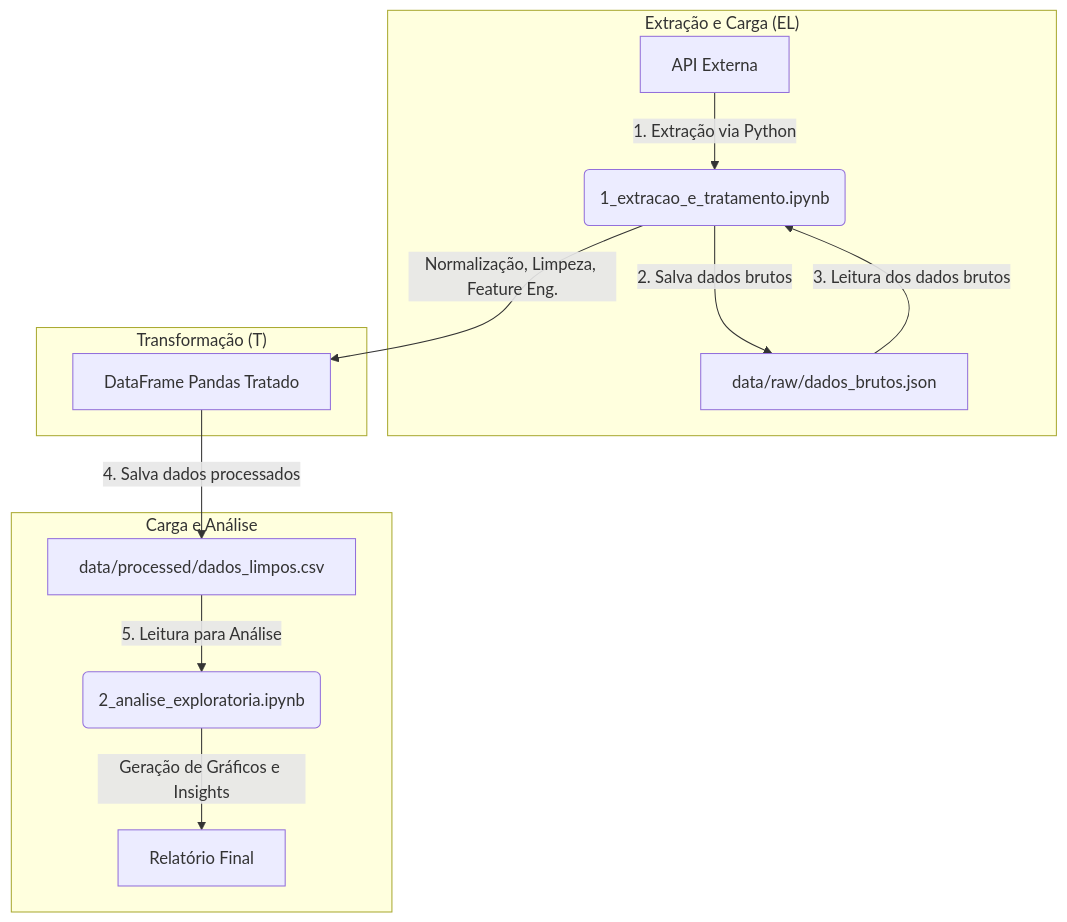
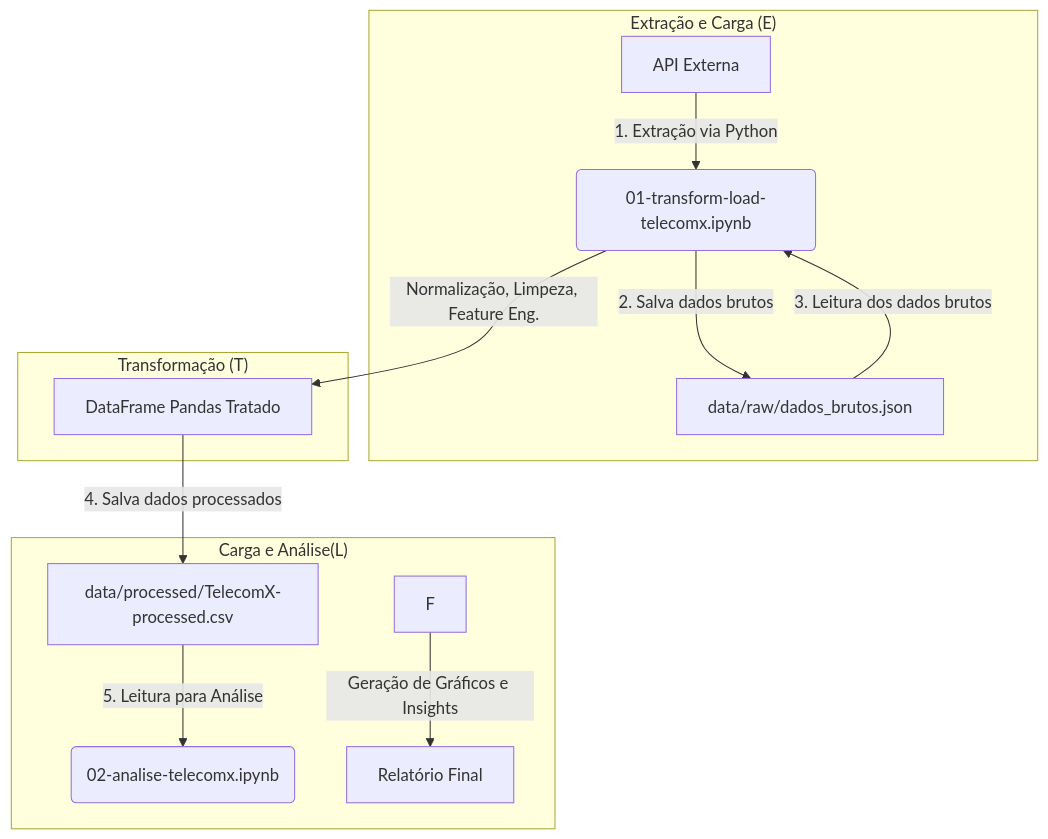
One commit to GabrielRdev/analise-telecom-x changed the diagram in README.md. Above: the diagram before and after it, drawn with Mermaid. The commit also changed other lines of this file, not shown here.

Commit message:
bug:: corrigindo mermaid

````diff
--- a/README.md
+++ b/README.md
@@ -42,18 +42,18 @@
 ```mermaid
 graph TD
-    subgraph "Extração e Carga (EL)"
-        A[API Externa] -->|1. Extração via Python| B(1_extracao_e_tratamento.ipynb);
+    subgraph "Extração e Carga (E)"
+        A[API Externa] -->|1. Extração via Python| B(01-transform-load-telecomx.ipynb);
         B -->|2. Salva dados brutos| C[data/raw/dados_brutos.json];
     end
 
     subgraph "Transformação (T)"
         C -->|3. Leitura dos dados brutos| B;
         B -->|Normalização, Limpeza, Feature Eng.| D[DataFrame Pandas Tratado];
     end
 
-    subgraph "Carga e Análise"
-        D -->|4. Salva dados processados| E[data/processed/dados_limpos.csv];
-        E -->|5. Leitura para Análise| F(2_analise_exploratoria.ipynb);
+    subgraph "Carga e Análise(L)"
+        D -->|4. Salva dados processados| E[data/processed/TelecomX-processed.csv];
+        E -->|5. Leitura para Análise| F0(02-analise-telecomx.ipynb);
         F -->|Geração de Gráficos e Insights| G[Relatório Final];
     end
 ```
````
